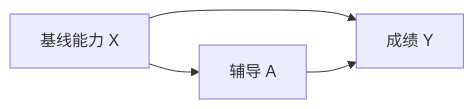
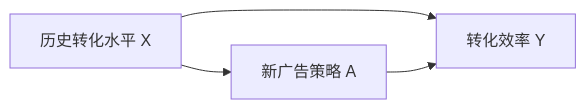
One commit to xiaoningwang/xiaoningwang.github.io changed the second of 3 diagrams in files/ComAD/lecture-01.md. Above: the diagram before and after it, drawn with Mermaid. The commit also changed other lines of this file and 9 other files, not shown here.

````diff
--- a/files/ComAD/lecture-01.md
+++ b/files/ComAD/lecture-01.md
@@ -238,6 +240,6 @@
 ```mermaid
 flowchart LR
-    X[基线能力 X] --> A[辅导 A]
-    X --> Y[成绩 Y]
+    X[历史转化水平 X] --> A[新广告策略 A]
+    X --> Y[转化效率 Y]
     A --> Y
 ```
````
